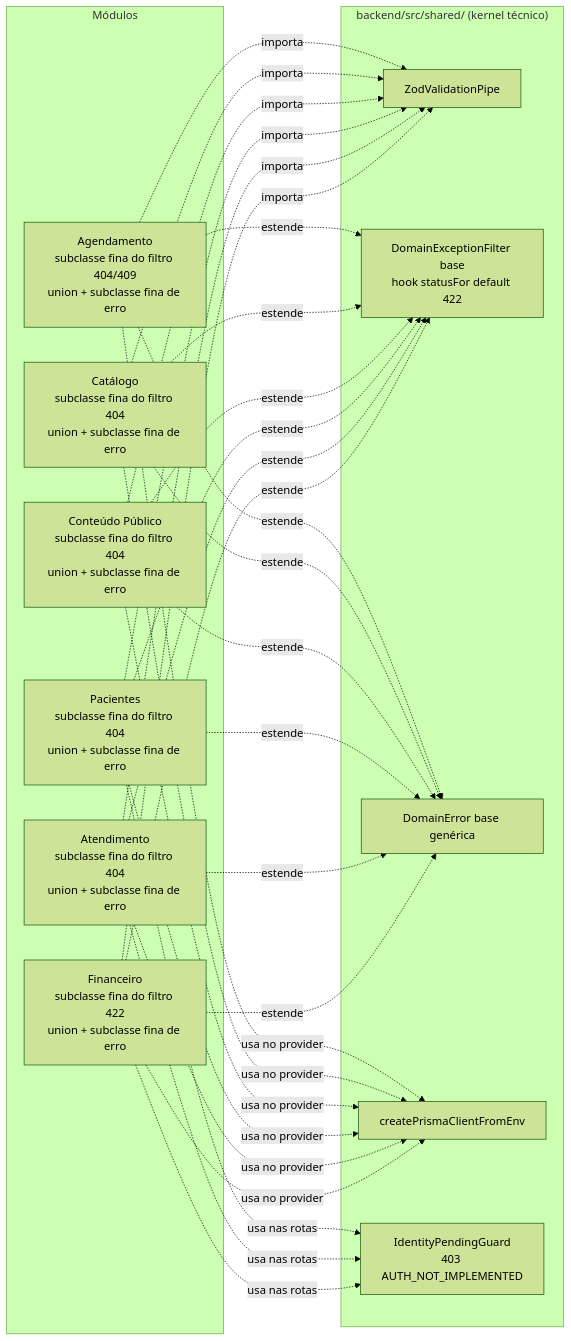
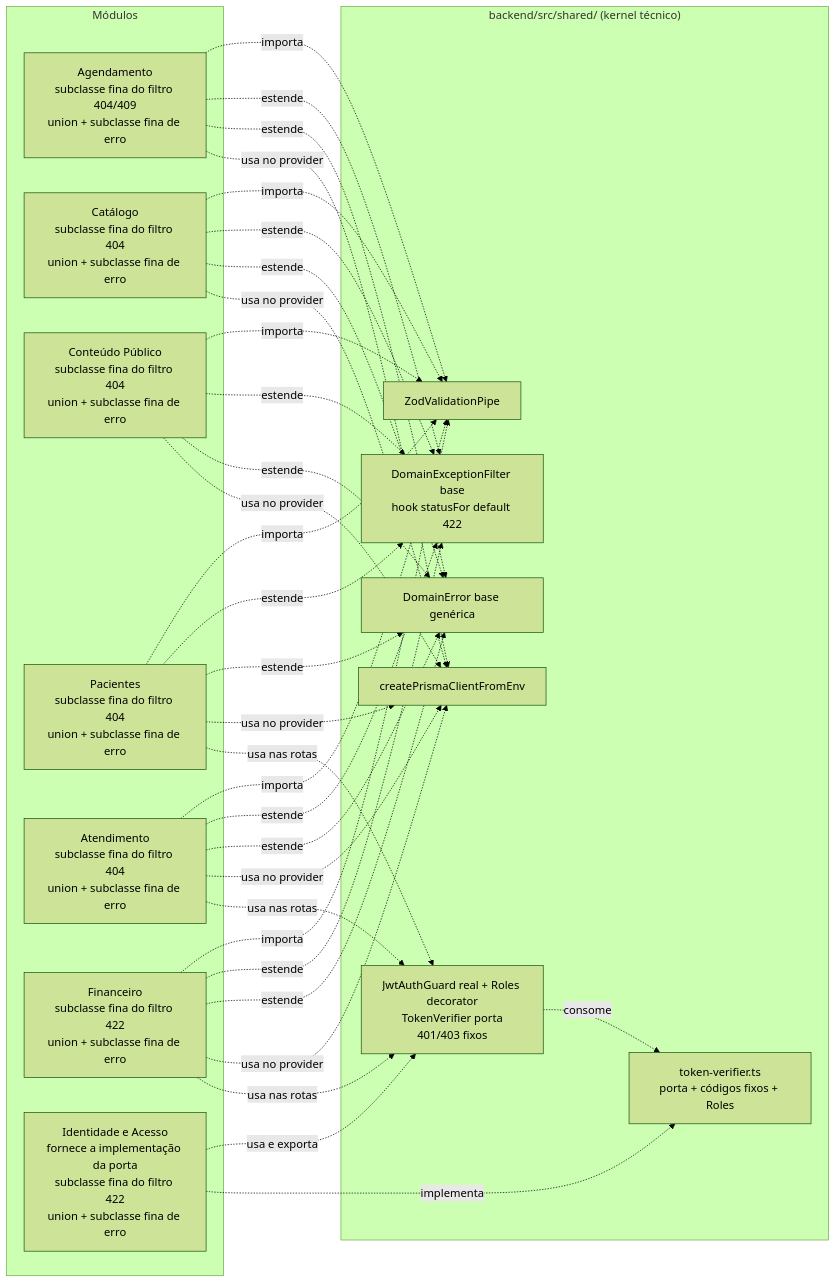
One commit to marcelops1/newestetica changed the ninth of 9 diagrams in docs/architecture/c3-component.md. Above: the diagram before and after it, drawn with Mermaid (forest theme). The commit also changed other lines of this file and 75 other files, not shown here.

First line of the commit message:
feat(backend): módulo Identidade e Acesso — JWT Keycloak, RBAC e 2FA (UC 4.2.1) (#49)

````diff
--- a/docs/architecture/c3-component.md
+++ b/docs/architecture/c3-component.md
@@ -395,45 +434,50 @@
 ```mermaid
 flowchart LR
     subgraph Shared["backend/src/shared/ (kernel técnico)"]
         PIPE[ZodValidationPipe]
         FILTER[DomainExceptionFilter base<br/>hook statusFor default 422]
         ERR[DomainError base genérica]
         FACTORY[createPrismaClientFromEnv]
-        GUARD[IdentityPendingGuard<br/>403 AUTH_NOT_IMPLEMENTED]
+        GUARD[JwtAuthGuard real + Roles decorator<br/>TokenVerifier porta<br/>401/403 fixos]
+        TV[token-verifier.ts<br/>porta + códigos fixos + Roles]
     end
     subgraph Módulos
         S[Agendamento<br/>subclasse fina do filtro 404/409<br/>union + subclasse fina de erro]
         C[Catálogo<br/>subclasse fina do filtro 404<br/>union + subclasse fina de erro]
         CT[Conteúdo Público<br/>subclasse fina do filtro 404<br/>union + subclasse fina de erro]
         PA[Pacientes<br/>subclasse fina do filtro 404<br/>union + subclasse fina de erro]
         AT[Atendimento<br/>subclasse fina do filtro 404<br/>union + subclasse fina de erro]
         FI[Financeiro<br/>subclasse fina do filtro 422<br/>union + subclasse fina de erro]
+        ID[Identidade e Acesso<br/>fornece a implementação da porta<br/>subclasse fina do filtro 422<br/>union + subclasse fina de erro]
     end
     S -.->|importa| PIPE
     C -.->|importa| PIPE
     CT -.->|importa| PIPE
     PA -.->|importa| PIPE
     AT -.->|importa| PIPE
     FI -.->|importa| PIPE
     S -.->|estende| FILTER
     C -.->|estende| FILTER
     CT -.->|estende| FILTER
     PA -.->|estende| FILTER
     AT -.->|estende| FILTER
     FI -.->|estende| FILTER
     S -.->|estende| ERR
     C -.->|estende| ERR
     CT -.->|estende| ERR
     PA -.->|estende| ERR
     AT -.->|estende| ERR
     FI -.->|estende| ERR
     S -.->|usa no provider| FACTORY
     C -.->|usa no provider| FACTORY
     CT -.->|usa no provider| FACTORY
     PA -.->|usa no provider| FACTORY
     AT -.->|usa no provider| FACTORY
     FI -.->|usa no provider| FACTORY
     PA -.->|usa nas rotas| GUARD
     AT -.->|usa nas rotas| GUARD
     FI -.->|usa nas rotas| GUARD
+    ID -.->|usa e exporta| GUARD
+    ID -.->|implementa| TV
+    GUARD -.->|consome| TV
 ```
````
